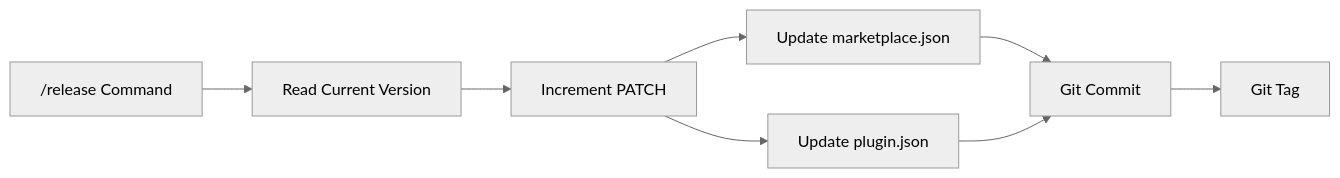
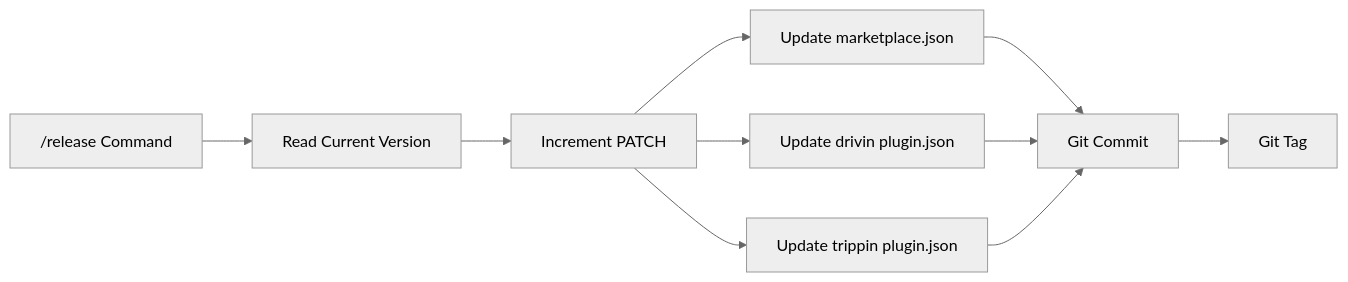
One commit to qmu/workaholic changed the fifth of 7 diagrams in .workaholic/specs/data.md. Above: the diagram before and after it, drawn with Mermaid (neutral theme). The commit also changed other lines of this file and 57 other files, not shown here.

````diff
--- a/.workaholic/specs/data.md
+++ b/.workaholic/specs/data.md
@@ -446,10 +508,12 @@
 ```mermaid
 flowchart LR
     Release["/release Command"] --> Read["Read Current Version"]
     Read --> Increment["Increment PATCH"]
     Increment --> UpdateMarketplace["Update marketplace.json"]
-    Increment --> UpdatePlugin["Update plugin.json"]
+    Increment --> UpdateDrivin["Update drivin plugin.json"]
+    Increment --> UpdateTrippin["Update trippin plugin.json"]
     UpdateMarketplace --> Commit["Git Commit"]
-    UpdatePlugin --> Commit
+    UpdateDrivin --> Commit
+    UpdateTrippin --> Commit
     Commit --> Tag["Git Tag"]
 ```
````
